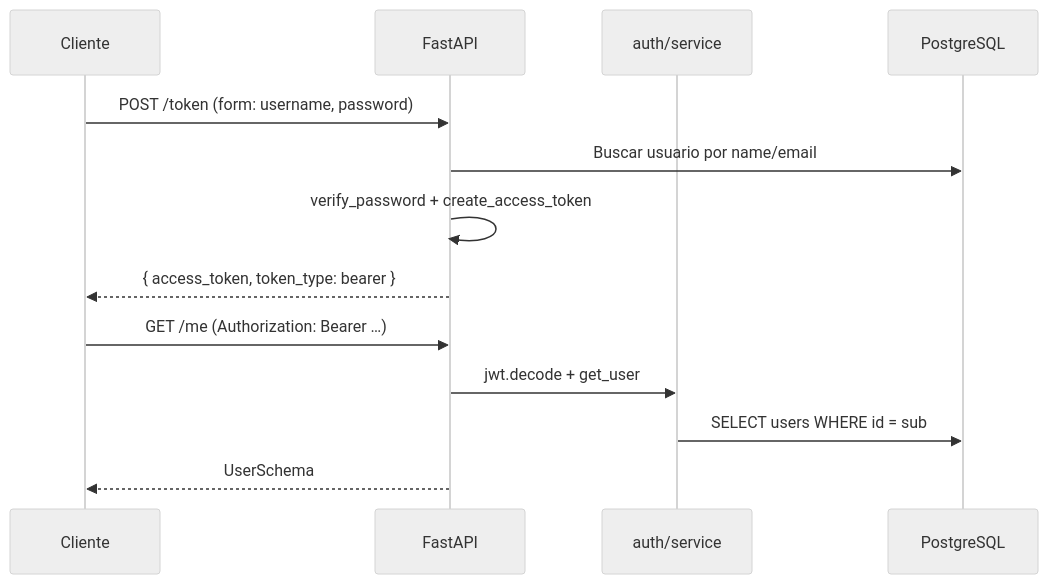
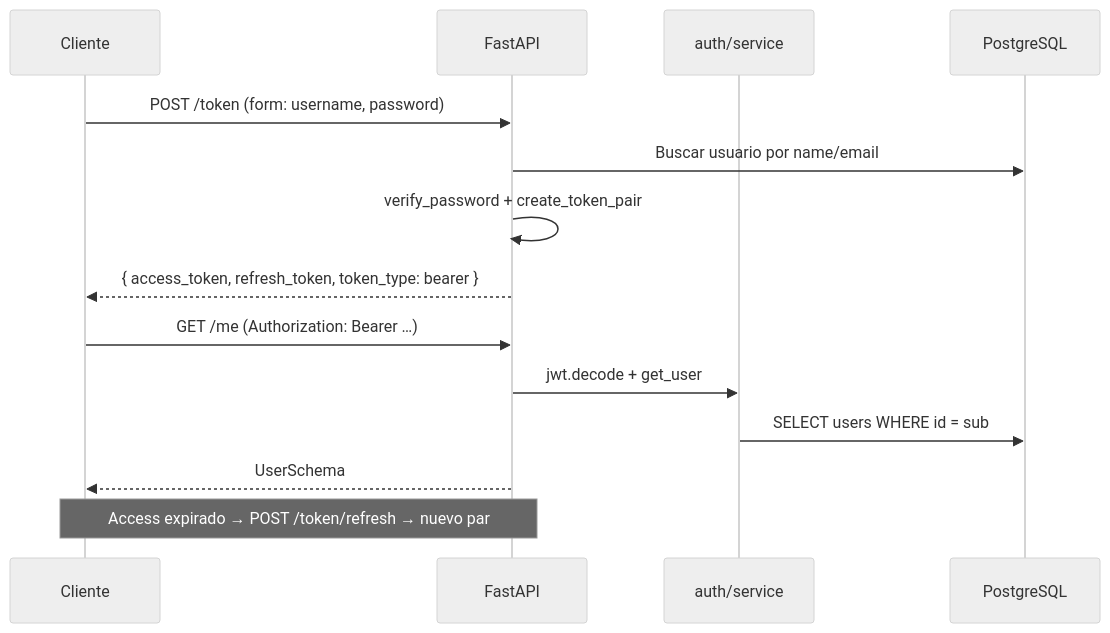
Before and after one commit to joseramos-dev/web_app_courses: the second of 3 diagrams in docs/backend.md, drawn with Mermaid (neutral theme). The commit also changed other lines of this file and 125 other files, not shown here.

Commit message:
landing page, mejora graficos, mejora recomendación, seguimiento estudiante, subida de documentos, refresh token, rutas protegidas

````diff
--- a/docs/backend.md
+++ b/docs/backend.md
@@ -317,17 +368,19 @@
 ```mermaid
 sequenceDiagram
     participant Cliente
     participant API as FastAPI
     participant Auth as auth/service
     participant DB as PostgreSQL
 
     Cliente->>API: POST /token (form: username, password)
     API->>DB: Buscar usuario por name/email
-    API->>API: verify_password + create_access_token
-    API-->>Cliente: { access_token, token_type: bearer }
+    API->>API: verify_password + create_token_pair
+    API-->>Cliente: { access_token, refresh_token, token_type: bearer }
 
     Cliente->>API: GET /me (Authorization: Bearer …)
     API->>Auth: jwt.decode + get_user
     Auth->>DB: SELECT users WHERE id = sub
     API-->>Cliente: UserSchema
+
+    Note over Cliente,API: Access expirado → POST /token/refresh → nuevo par
 ```
````
